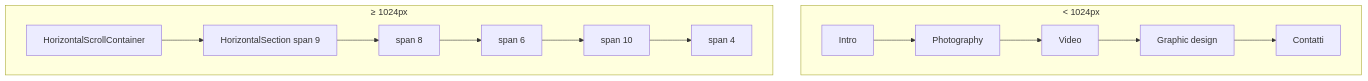
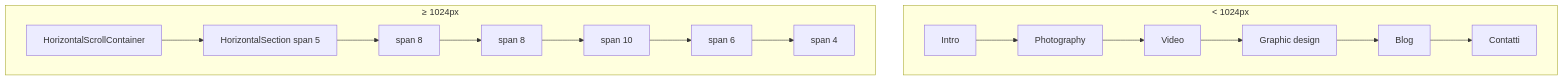
One commit to robertogianocca/sito-web-roberto-gianocca-05 changed the diagram in docs/homepage-horizontal-scroll.md. Above: the diagram before and after it, drawn with Mermaid. The commit also changed other lines of this file and 19 other files, not shown here.

````diff
--- a/docs/homepage-horizontal-scroll.md
+++ b/docs/homepage-horizontal-scroll.md
@@ -11,20 +11,22 @@
 ```mermaid
 flowchart TB
   subgraph mobile["&lt; 1024px"]
     S1[Intro]
     S2[Photography]
     S3[Video]
     S4[Graphic design]
-    S5[Contatti]
-    S1 --> S2 --> S3 --> S4 --> S5
+    S5[Blog]
+    S6[Contatti]
+    S1 --> S2 --> S3 --> S4 --> S5 --> S6
   end
   subgraph desktop["≥ 1024px"]
     HSC[HorizontalScrollContainer]
-    HS1[HorizontalSection span 9]
+    HS1[HorizontalSection span 5]
     HS2[span 8]
-    HS3[span 6]
+    HS3[span 8]
     HS4[span 10]
-    HS5[span 4]
-    HSC --> HS1 --> HS2 --> HS3 --> HS4 --> HS5
+    HS5[span 6]
+    HS6[span 4]
+    HSC --> HS1 --> HS2 --> HS3 --> HS4 --> HS5 --> HS6
   end
 ```
````
